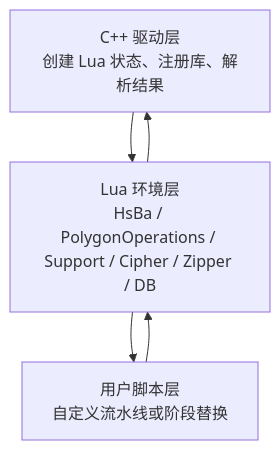
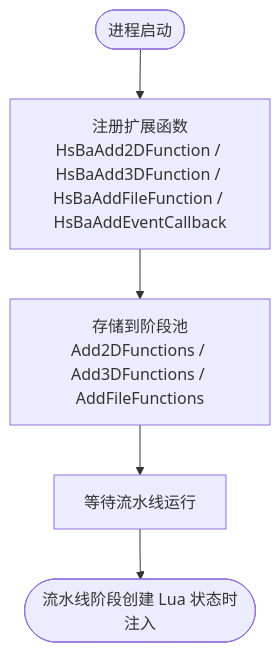
Before and after one commit to hsmbanlance/HsBaSlicer: the third of 9 diagrams in .qoder/repowiki/zh/content/Lua 脚本系统/Lua 脚本系统.md, drawn with Mermaid. The commit also changed other lines of this file and 1095 other files, not shown here.

````diff
--- a/.qoder/repowiki/zh/content/Lua 脚本系统/Lua 脚本系统.md
+++ b/.qoder/repowiki/zh/content/Lua 脚本系统/Lua 脚本系统.md
@@ -53,7 +176,7 @@
 ```mermaid
-graph TB
-CppDriver["C++ 驱动层<br/>创建 Lua 状态、注册库、解析结果"] --> LuaEnv["Lua 环境层<br/>HsBa / PolygonOperations / Support / Cipher / Zipper / DB"]
-LuaEnv --> UserScript["用户脚本层<br/>自定义流水线或阶段替换"]
-UserScript --> LuaEnv
-LuaEnv --> CppDriver
+flowchart TD
+Start(["进程启动"]) --> Reg["注册扩展函数<br/>HsBaAdd2DFunction / HsBaAdd3DFunction / HsBaAddFileFunction / HsBaAddEventCallback"]
+Reg --> Store["存储到阶段池<br/>Add2DFunctions / Add3DFunctions / AddFileFunctions"]
+Store --> Wait["等待流水线运行"]
+Wait --> End(["流水线阶段创建 Lua 状态时注入"])
 ```
````
